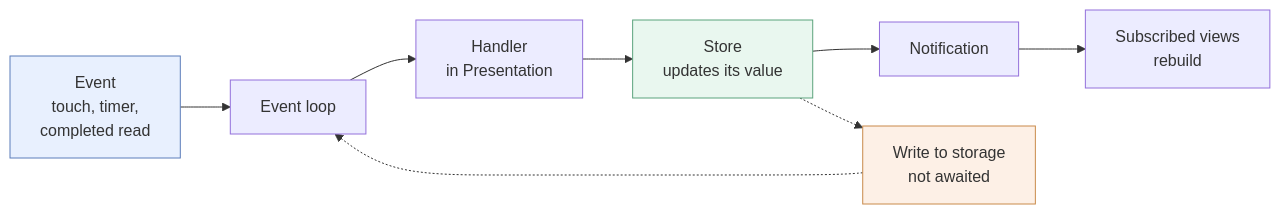
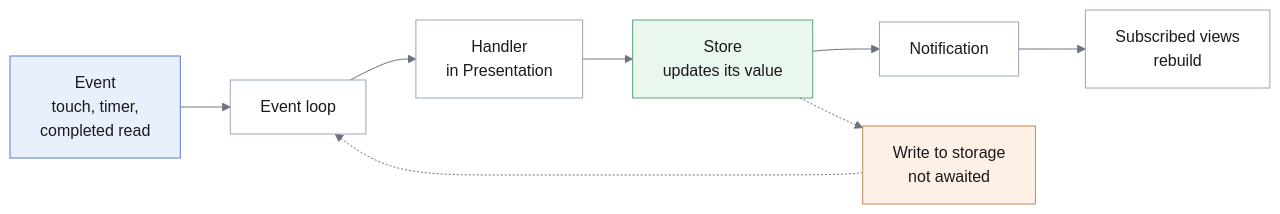
The diagram in docs/sdd/proposed-architecture/global-control-flow.md (Simo-2004/TravelMate-docs), drawn with Mermaid before and after one commit. The commit also changed 3 other files, not shown here.

````diff
--- a/docs/sdd/proposed-architecture/global-control-flow.md
+++ b/docs/sdd/proposed-architecture/global-control-flow.md
@@ -15,14 +15,15 @@
 ```mermaid
+%%{init: {'theme':'base','themeVariables':{'primaryTextColor':'#1a1a1a','textColor':'#1a1a1a','titleColor':'#1a1a1a','nodeTextColor':'#1a1a1a','lineColor':'#6b7280','clusterBkg':'#f7f9fc','clusterBorder':'#9aa5b8','primaryColor':'#ffffff','primaryBorderColor':'#9aa5b8'}}}%%
 flowchart LR
     E["Event<br/>touch, timer,<br/>completed read"] --> L["Event loop"]
     L --> H["Handler<br/>in Presentation"]
     H --> S["Store<br/>updates its value"]
     S --> N["Notification"]
     N --> V["Subscribed views<br/>rebuild"]
     S -.-> W["Write to storage<br/>not awaited"]
     W -.-> L
 
-    style E fill:#e8f0fe,stroke:#5b7cba
-    style S fill:#e9f7ef,stroke:#5ba37c
-    style W fill:#fdf0e6,stroke:#c98a4b
+    style E fill:#e8f0fe,stroke:#5b7cba,color:#1a1a1a
+    style S fill:#e9f7ef,stroke:#5ba37c,color:#1a1a1a
+    style W fill:#fdf0e6,stroke:#c98a4b,color:#1a1a1a
 ```
````
